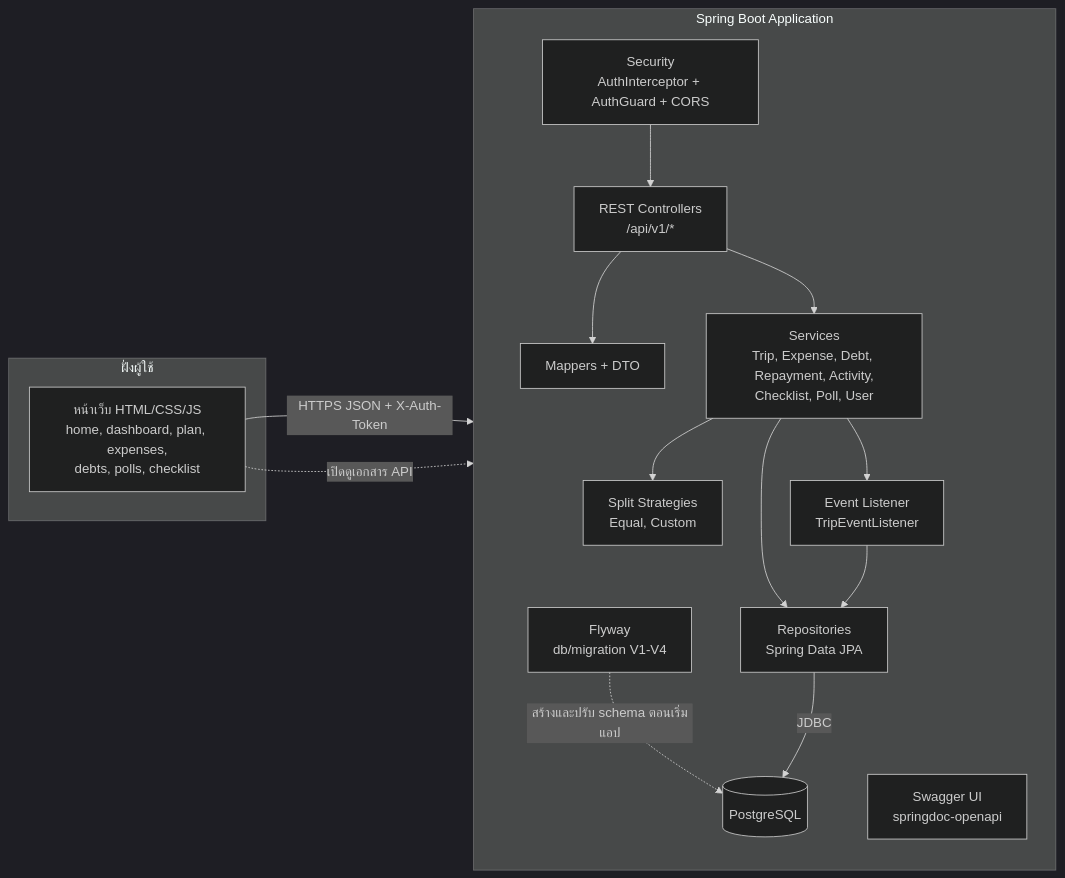
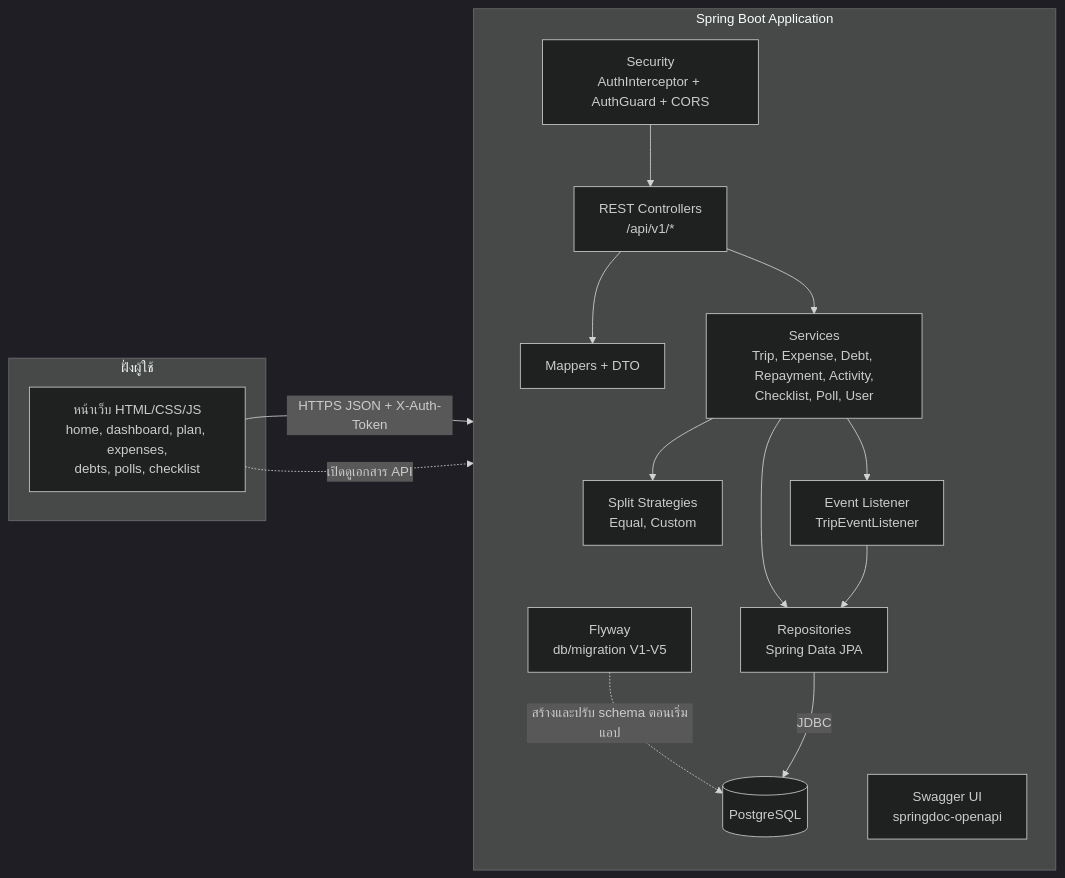
The first of 2 diagrams in doc/diagrams/06-component-deployment.md (txark/Trip_Spitter), drawn with Mermaid (dark theme) before and after one commit. The commit also changed 7 other files, not shown here.

````diff
--- a/doc/diagrams/06-component-deployment.md
+++ b/doc/diagrams/06-component-deployment.md
@@ -5,32 +5,32 @@
 ```mermaid
 flowchart LR
     subgraph Client["ฝั่งผู้ใช้"]
         WEB["หน้าเว็บ HTML/CSS/JS<br/>home, dashboard, plan, expenses,<br/>debts, polls, checklist"]
     end
 
     subgraph App["Spring Boot Application"]
         direction TB
         SEC["Security<br/>AuthInterceptor + AuthGuard + CORS"]
         API["REST Controllers<br/>/api/v1/*"]
         DOC["Swagger UI<br/>springdoc-openapi"]
         SVC["Services<br/>Trip, Expense, Debt, Repayment, Activity,<br/>Checklist, Poll, User"]
         SPL["Split Strategies<br/>Equal, Custom"]
         EVT["Event Listener<br/>TripEventListener"]
         MAP["Mappers + DTO"]
         REPO["Repositories<br/>Spring Data JPA"]
-        MIG["Flyway<br/>db/migration V1-V4"]
+        MIG["Flyway<br/>db/migration V1-V5"]
         SEC --> API
         API --> MAP
         API --> SVC
         SVC --> SPL
         SVC --> EVT
         SVC --> REPO
         EVT --> REPO
         MIG -. สร้างและปรับ schema ตอนเริ่มแอป .-> DB
     end
 
     DB[("PostgreSQL")]
     WEB -- "HTTPS JSON + X-Auth-Token" --> SEC
     WEB -. "เปิดดูเอกสาร API" .-> DOC
     REPO -- JDBC --> DB
 ```
````
